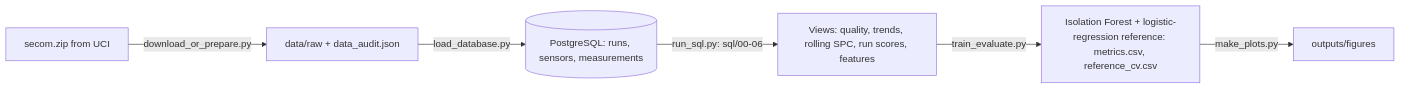
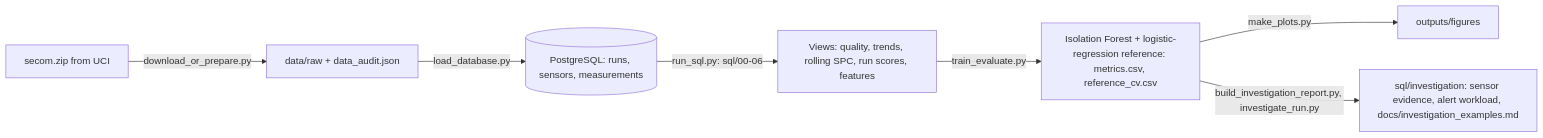
One commit to Lara-Chung/secom-spc-anomaly-detection changed the diagram in README.md. Above: the diagram before and after it, drawn with Mermaid. The commit also changed other lines of this file and 18 other files, not shown here.

Commit message:
feat: add SQL alert investigation with materialized limits

````diff
--- a/README.md
+++ b/README.md
@@ -31,8 +31,9 @@
 ```mermaid
 flowchart LR
     A[secom.zip from UCI] -->|download_or_prepare.py| B[data/raw + data_audit.json]
     B -->|load_database.py| C[(PostgreSQL: runs, sensors, measurements)]
     C -->|run_sql.py: sql/00-06| D[Views: quality, trends, rolling SPC, run scores, features]
     D -->|train_evaluate.py| E[Isolation Forest + logistic-regression reference: metrics.csv, reference_cv.csv]
     E -->|make_plots.py| F[outputs/figures]
+    E -->|build_investigation_report.py, investigate_run.py| G[sql/investigation: sensor evidence, alert workload, docs/investigation_examples.md]
 ```
````
